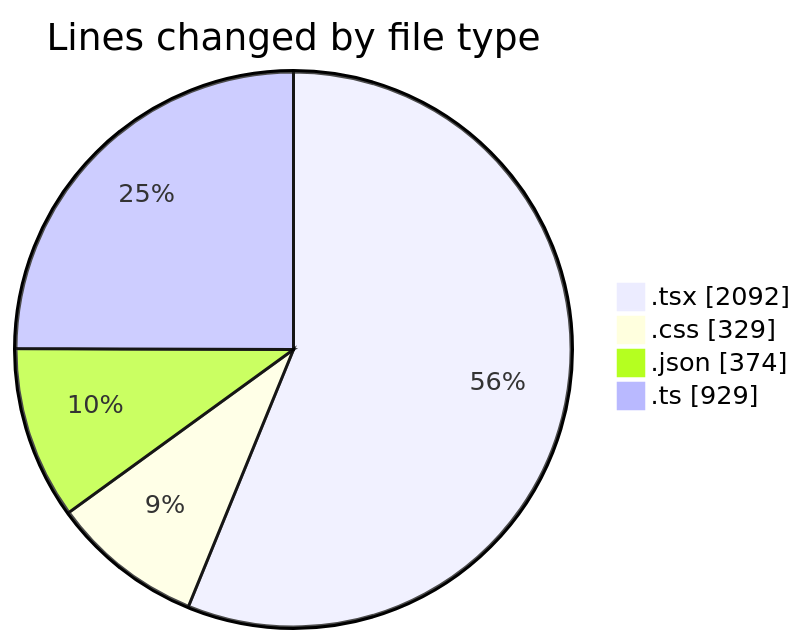
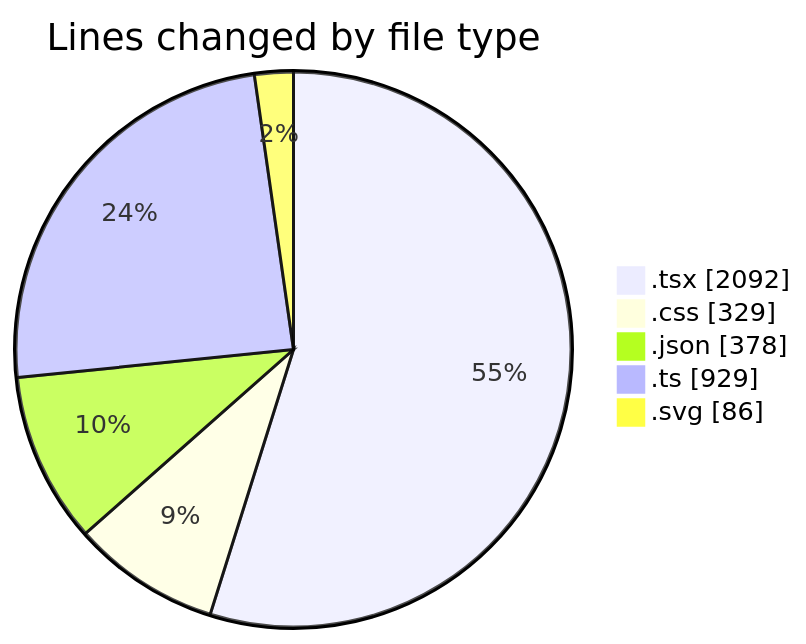
The first of 2 diagrams in 2025-10-10/eventscop-frontend-guide__workspace_/README.md (julien-gomy/code-tracking), drawn with Mermaid before and after one commit. The commit also changed other lines of this file and 1 other file, not shown here.

````diff
--- a/2025-10-10/eventscop-frontend-guide__workspace_/README.md
+++ b/2025-10-10/eventscop-frontend-guide__workspace_/README.md
@@ -35,8 +36,9 @@
 ```mermaid
 pie showData
 title Lines changed by file type
 ".tsx" : 2092
 ".css" : 329
-".json" : 374
+".json" : 378
 ".ts" : 929
+".svg" : 86
 ```
````
